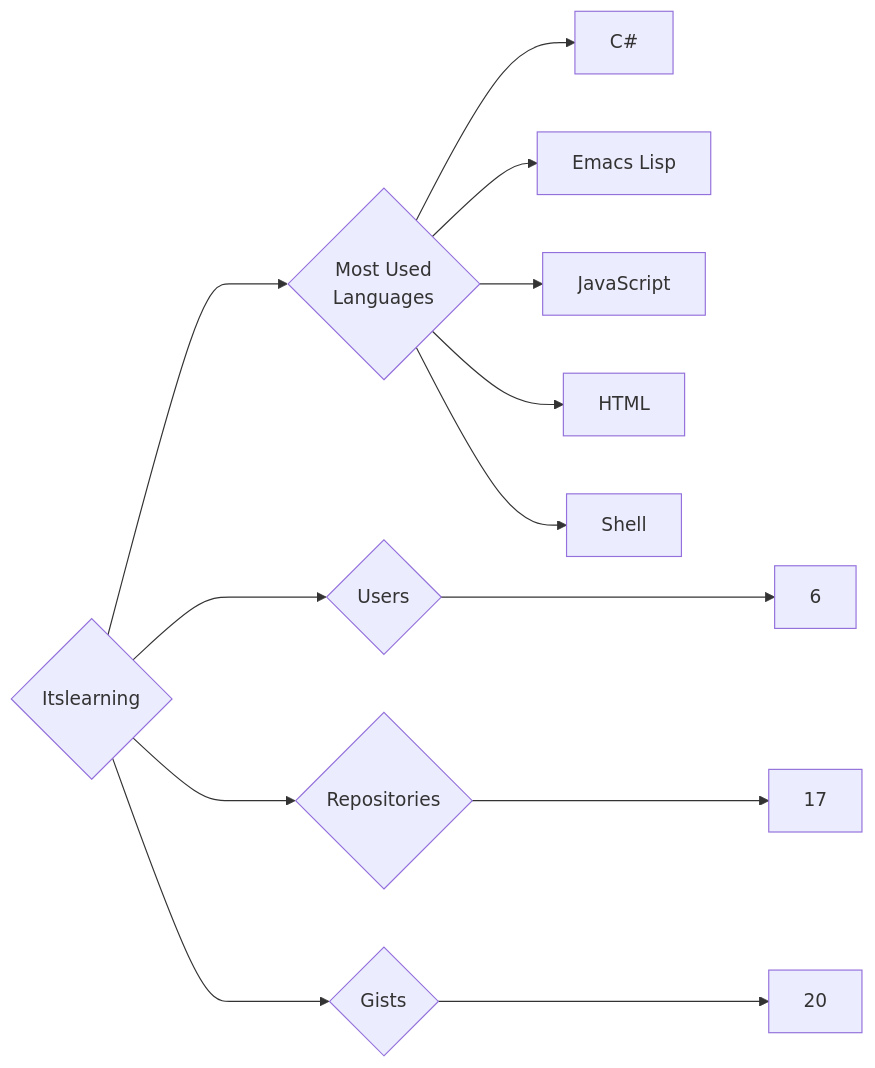
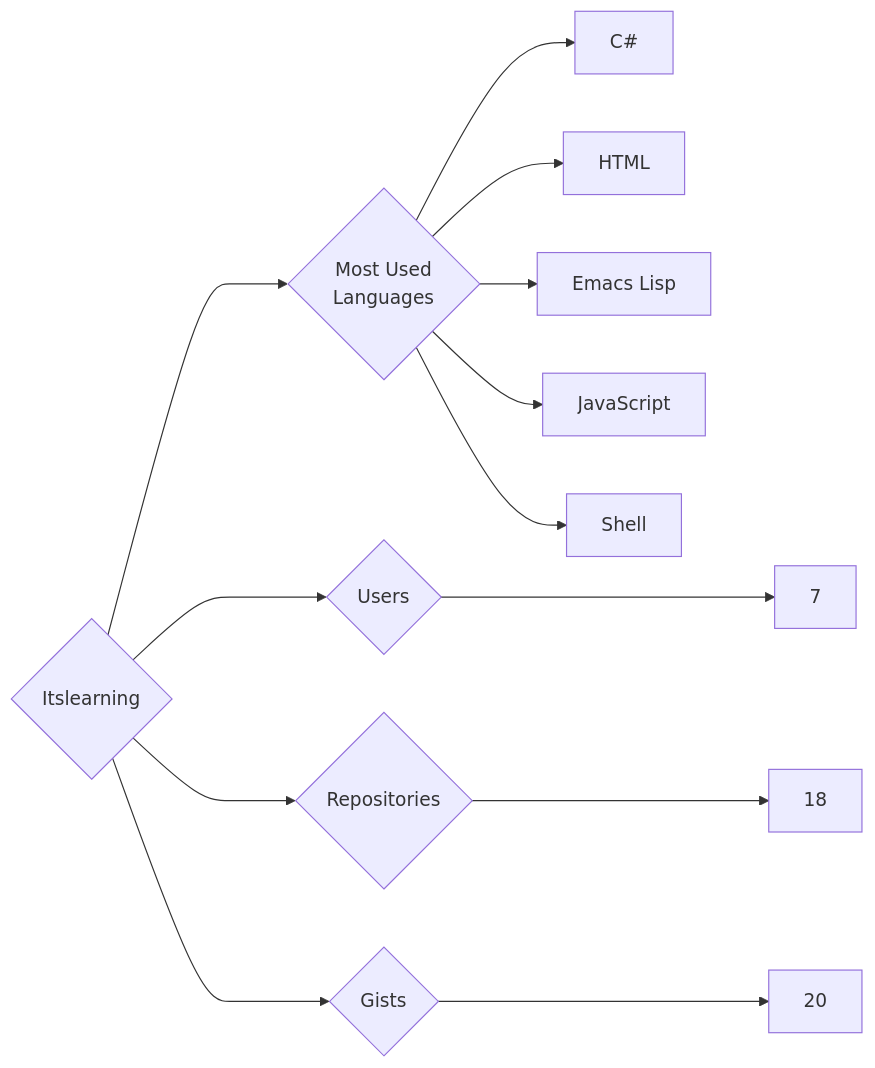
Before and after one commit to trickest/insiders: the diagram in targets/Itslearning/README.md, drawn with Mermaid. The commit also changed 916 other files, not shown here.

````diff
--- a/targets/Itslearning/README.md
+++ b/targets/Itslearning/README.md
@@ -3,13 +3,13 @@
 ```mermaid
 graph LR
 COMPANY_NAME{Itslearning}
-COMPANY_NAME ---> U{Users} ---> UN[6]
-COMPANY_NAME ---> R{Repositories} ---> RN[17]
+COMPANY_NAME ---> U{Users} ---> UN[7]
+COMPANY_NAME ---> R{Repositories} ---> RN[18]
 COMPANY_NAME ---> G{Gists} ---> GN[20]
 COMPANY_NAME ---> ML{Most Used<br>Languages}
 ML --> C#[C#]
+ML --> HTML[HTML]
 ML --> Emacs_Lisp[Emacs Lisp]
 ML --> JavaScript[JavaScript]
-ML --> HTML[HTML]
 ML --> Shell[Shell]
 ```
````
